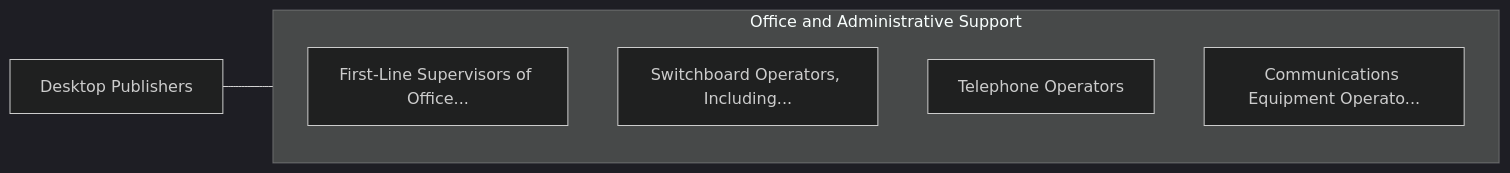
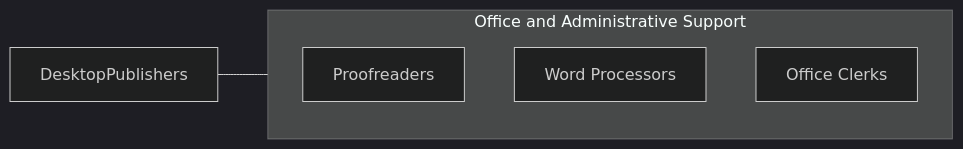
The third of 3 diagrams in occupations/Administrative/DesktopPublishers.mdx (kziemski/business.org.ai), drawn with Mermaid (dark theme) before and after one commit. The commit also changed other lines of this file and 938 other files, not shown here.

````diff
--- a/occupations/Administrative/DesktopPublishers.mdx
+++ b/occupations/Administrative/DesktopPublishers.mdx
@@ -115,13 +106,10 @@
 ```mermaid
 graph LR
-    Current["Desktop Publishers"]
-
+    Current["DesktopPublishers"]
     subgraph SameCategory["Office and Administrative Support"]
-        FirstLineSupervisors["First-Line Supervisors of Office..."]
-        SwitchboardOperators["Switchboard Operators, Including..."]
-        TelephoneOperators["Telephone Operators"]
-        CommunicationsEquipm["Communications Equipment Operato..."]
+        Proofreaders["Proofreaders"]
+        WordProcessors["Word Processors"]
+        OfficeClerks["Office Clerks"]
     end
-
     Current --- SameCategory
 ```
````
